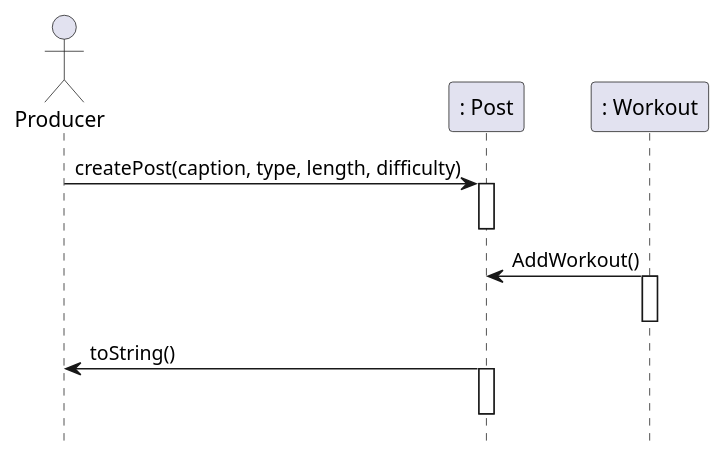
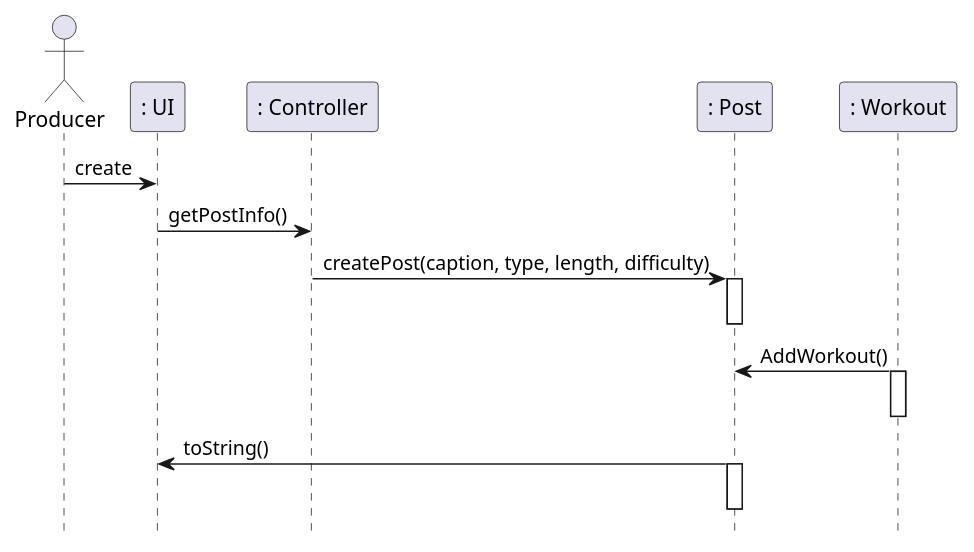
The second of 5 diagrams in doc/design.md (arun-guruswamy/workout-networking), drawn with PlantUML before and after one commit. The commit also changed other lines of this file and 1 other file, not shown here.

````diff
--- a/doc/design.md
+++ b/doc/design.md
@@ -50,18 +50,22 @@
 ```plantuml
 @startuml
 hide footbox
 actor Producer as producer
+participant ": UI" as ui 
+participant ": Controller" as controller 
 participant ": Post" as Post
 participant ": Workout" as workout
 
-producer -> Post : createPost(caption, type, length, difficulty)
+producer -> ui : create 
+ui -> controller : getPostInfo()
+controller -> Post : createPost(caption, type, length, difficulty)
 activate Post
 deactivate Post
 workout -> Post : AddWorkout()
 activate workout
 deactivate workout
-producer <- Post : toString()
+ui <- Post : toString()
 activate Post
 deactivate Post
 @enduml
 ```
````
